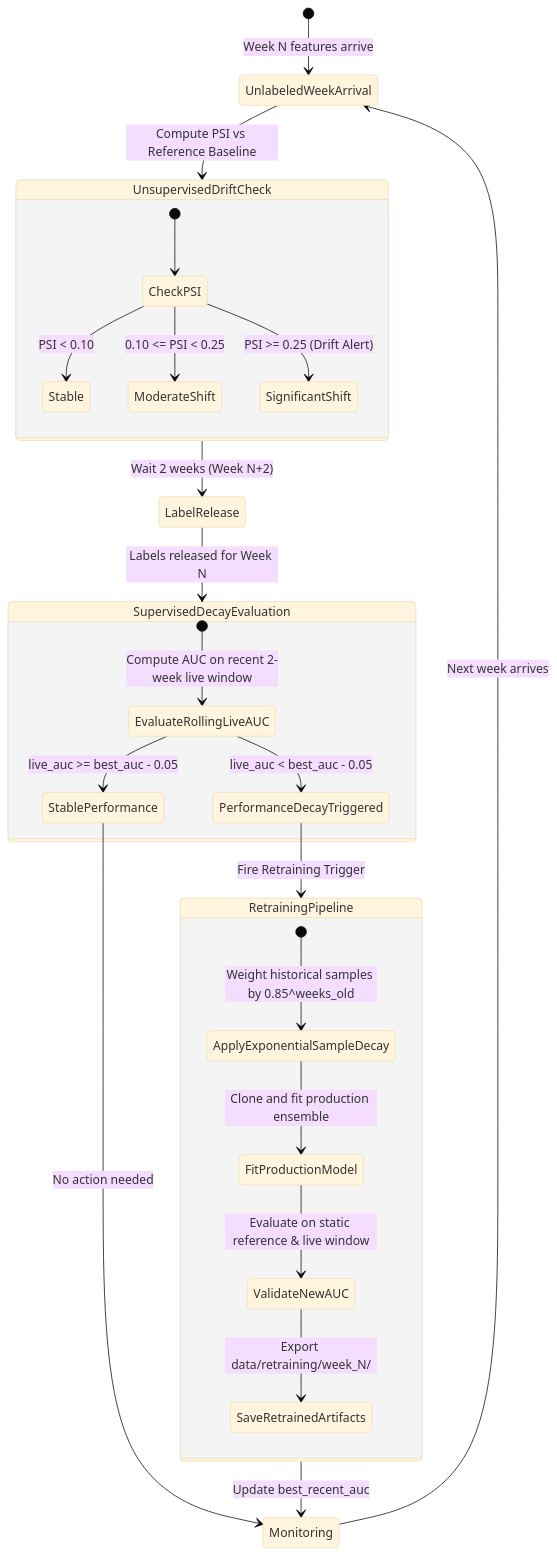
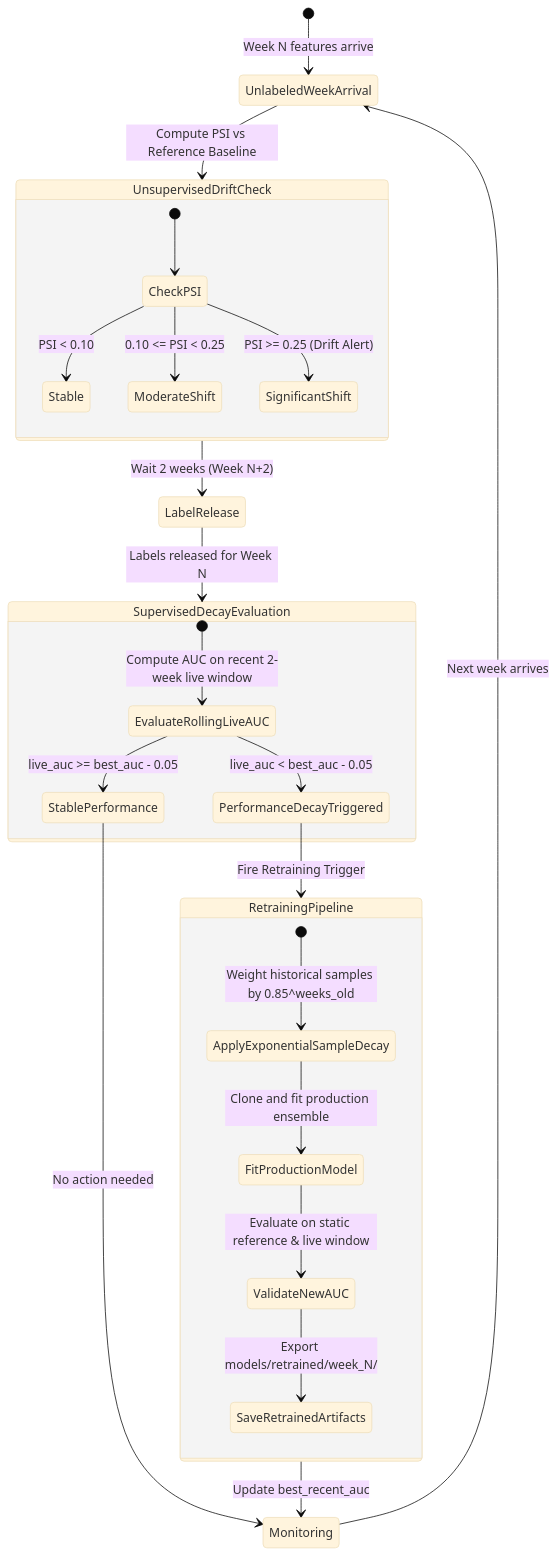
The sixth of 7 diagrams in specs/implementation_plan.md (Manwelws/Final-Project), drawn with Mermaid (base theme) before and after one commit. The commit also changed other lines of this file and 13 other files, not shown here.

Commit message:
refactor(models): consolidate retrained checkpoints and metadata under models/retrained

````diff
--- a/specs/implementation_plan.md
+++ b/specs/implementation_plan.md
@@ -376,34 +376,34 @@
 ```mermaid
 stateDiagram-v2
     [*] --> UnlabeledWeekArrival: Week N features arrive
     UnlabeledWeekArrival --> UnsupervisedDriftCheck: Compute PSI vs Reference Baseline
 
     state UnsupervisedDriftCheck {
         [*] --> CheckPSI
         CheckPSI --> Stable: PSI < 0.10
         CheckPSI --> ModerateShift: 0.10 <= PSI < 0.25
         CheckPSI --> SignificantShift: PSI >= 0.25 (Drift Alert)
     }
 
     UnsupervisedDriftCheck --> LabelRelease: Wait 2 weeks (Week N+2)
     LabelRelease --> SupervisedDecayEvaluation: Labels released for Week N
 
     state SupervisedDecayEvaluation {
         [*] --> EvaluateRollingLiveAUC: Compute AUC on recent 2-week live window
         EvaluateRollingLiveAUC --> StablePerformance: live_auc >= best_auc - 0.05
         EvaluateRollingLiveAUC --> PerformanceDecayTriggered: live_auc < best_auc - 0.05
     }
 
     StablePerformance --> Monitoring: No action needed
     PerformanceDecayTriggered --> RetrainingPipeline: Fire Retraining Trigger
 
     state RetrainingPipeline {
         [*] --> ApplyExponentialSampleDecay: Weight historical samples by 0.85^weeks_old
         ApplyExponentialSampleDecay --> FitProductionModel: Clone and fit production ensemble
         FitProductionModel --> ValidateNewAUC: Evaluate on static reference & live window
-        ValidateNewAUC --> SaveRetrainedArtifacts: Export data/retraining/week_N/
+        ValidateNewAUC --> SaveRetrainedArtifacts: Export models/retrained/week_N/
     }
 
     RetrainingPipeline --> Monitoring: Update best_recent_auc
     Monitoring --> UnlabeledWeekArrival: Next week arrives
 ```
````
